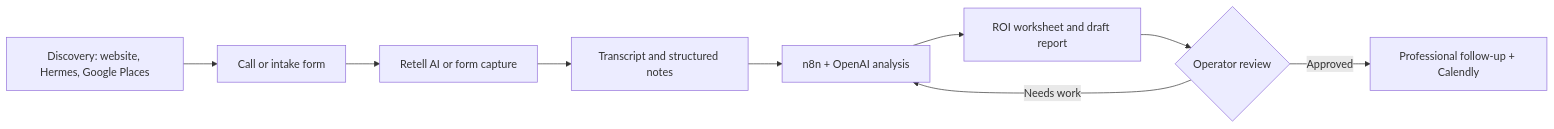
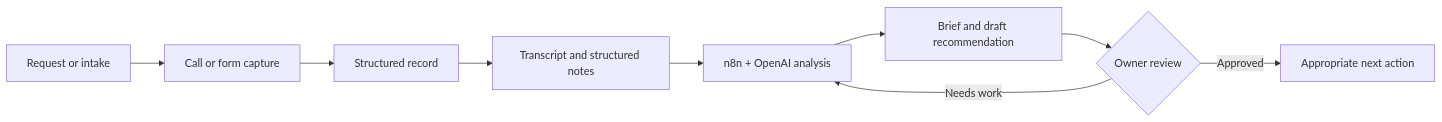
One commit to 239frank/ops-garage-wiki changed the diagram in docs/opsgarage/workflows/lead-engine.md. Above: the diagram before and after it, drawn with Mermaid. The commit also changed other lines of this file and 11 other files, not shown here.

````diff
--- a/docs/opsgarage/workflows/lead-engine.md
+++ b/docs/opsgarage/workflows/lead-engine.md
@@ -5,11 +5,11 @@
 ``` mermaid
 flowchart LR
-  A["Discovery: website, Hermes, Google Places"] --> B["Call or intake form"]
-  B --> C["Retell AI or form capture"]
+  A["Request or intake"] --> B["Call or form capture"]
+  B --> C["Structured record"]
   C --> D["Transcript and structured notes"]
   D --> E["n8n + OpenAI analysis"]
-  E --> F["ROI worksheet and draft report"]
-  F --> G{"Operator review"}
-  G -->|Approved| H["Professional follow-up + Calendly"]
+  E --> F["Brief and draft recommendation"]
+  F --> G{"Owner review"}
+  G -->|Approved| H["Appropriate next action"]
   G -->|Needs work| E
 ```
````
